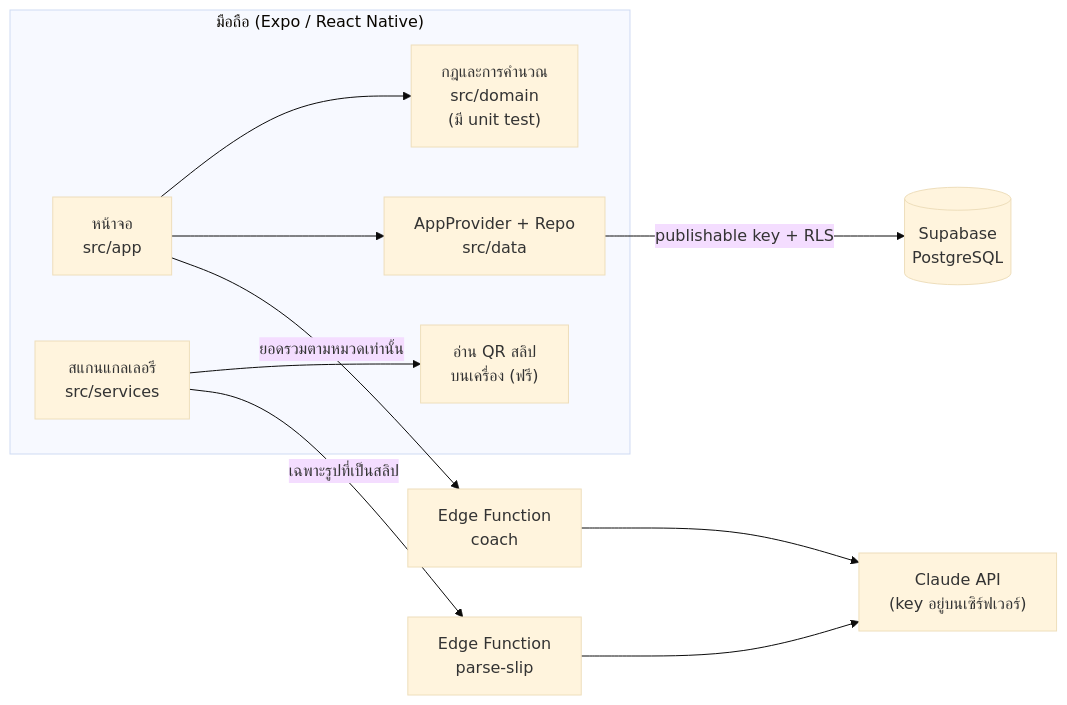
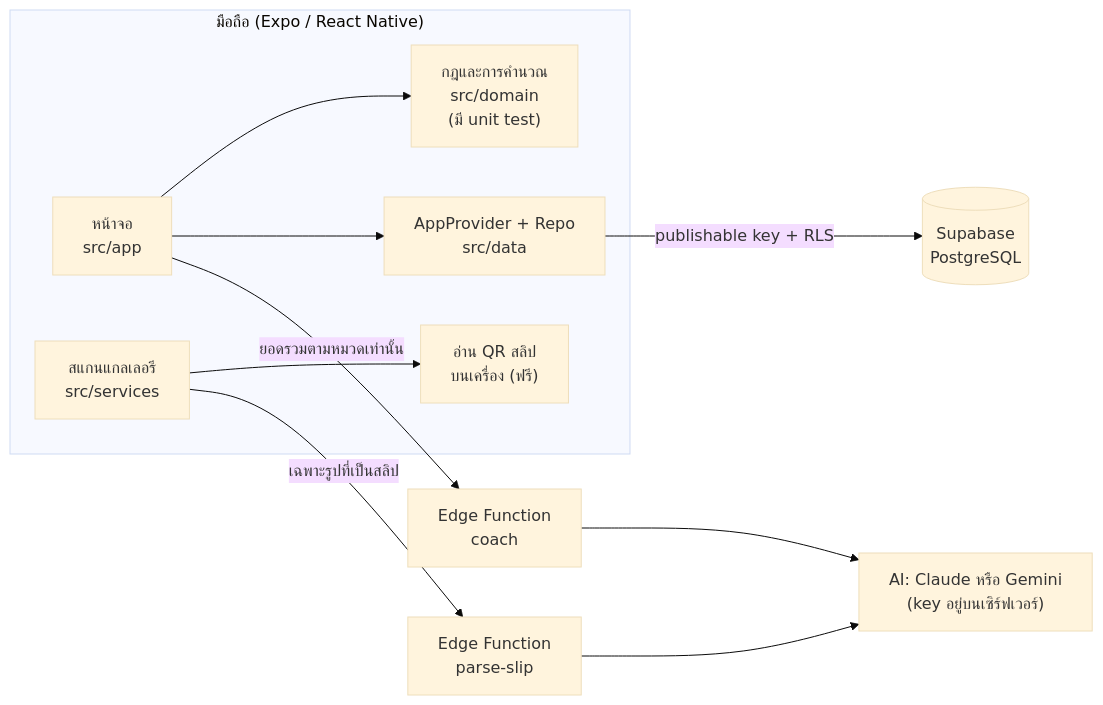
The diagram in README.md (2550expo-tech/Socrates-and-Skeletons-), drawn with Mermaid (base theme) before and after one commit. The commit also changed other lines of this file and 13 other files, not shown here.

First line of the commit message:
Server AI: use Gemini (free) or Claude, whichever key is set

````diff
--- a/README.md
+++ b/README.md
@@ -32,13 +32,13 @@
 ```mermaid
 flowchart LR
   subgraph Phone["มือถือ (Expo / React Native)"]
     UI["หน้าจอ<br/>src/app"] --> Domain["กฎและการคำนวณ<br/>src/domain<br/>(มี unit test)"]
     UI --> Data["AppProvider + Repo<br/>src/data"]
     Scan["สแกนแกลเลอรี<br/>src/services"] --> QR["อ่าน QR สลิป<br/>บนเครื่อง (ฟรี)"]
   end
   Data -->|"publishable key + RLS"| DB[("Supabase<br/>PostgreSQL")]
   Scan -->|"เฉพาะรูปที่เป็นสลิป"| F1["Edge Function<br/>parse-slip"]
   UI -->|"ยอดรวมตามหมวดเท่านั้น"| F2["Edge Function<br/>coach"]
-  F1 --> Claude["Claude API<br/>(key อยู่บนเซิร์ฟเวอร์)"]
-  F2 --> Claude
+  F1 --> AI["AI: Claude หรือ Gemini<br/>(key อยู่บนเซิร์ฟเวอร์)"]
+  F2 --> AI
 ```
````
